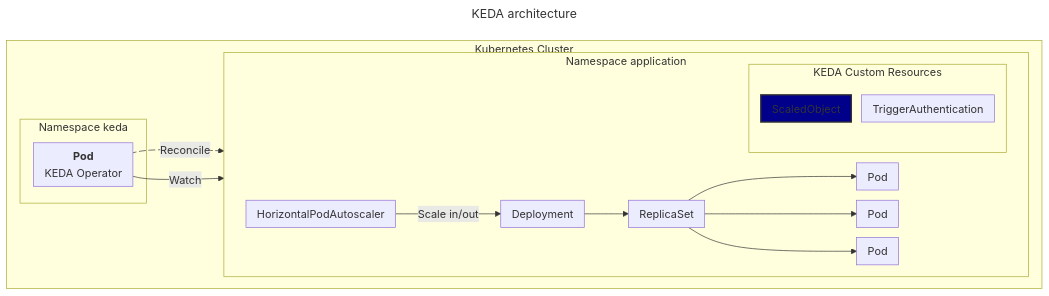
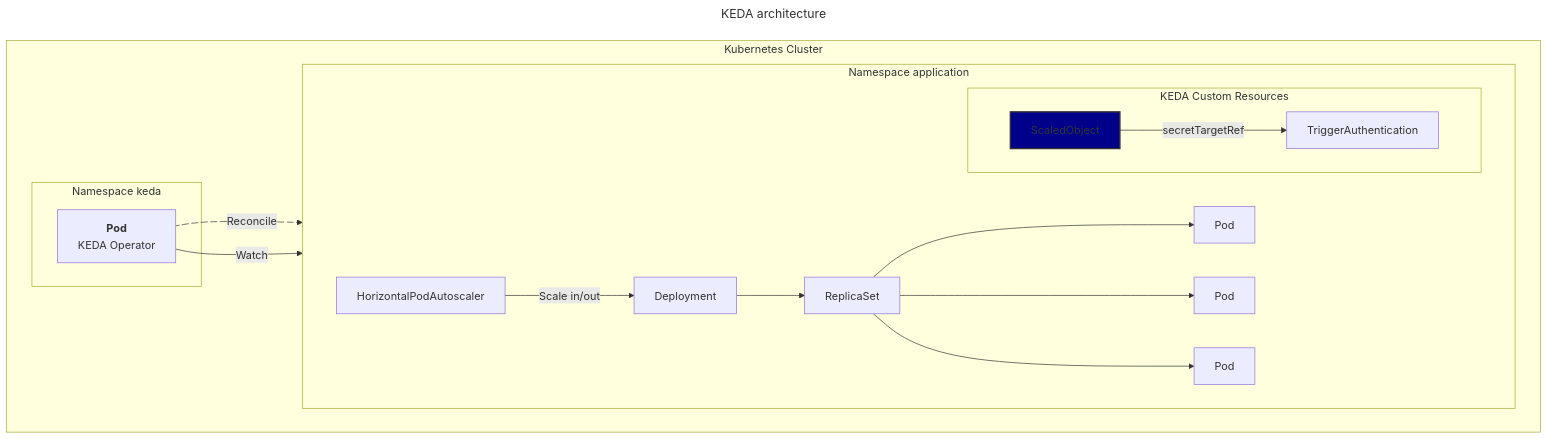
One commit to younsl/younsl.github.io changed the first of 2 diagrams in content/blog/keda/index.md. Above: the diagram before and after it, drawn with Mermaid. The commit also changed other lines of this file and 2 other files, not shown here.

Commit message:
chore: Add diagram

````diff
--- a/content/blog/keda/index.md
+++ b/content/blog/keda/index.md
@@ -265,45 +265,35 @@
 ```mermaid
 ---
 title: KEDA architecture
 ---
-%% Style %%
-%%{
-    init: {
-        "flowchart": {
-            "nodeSpacing": 15,
-            "rankSpacing": 15,
-            "padding": 0
-        }
-    }
-}%%
-
-%% Main Diagram %%
 flowchart LR
   subgraph "Kubernetes Cluster"
     direction LR
     subgraph "Namespace keda"
         keda["`**Pod**
         KEDA Operator`"]
     end
     subgraph "Namespace application"
       direction LR
       subgraph kedacr["KEDA Custom Resources"]
+        direction LR 
         so["ScaledObject"]
         ta["TriggerAuthentication"]
+        so --secretTargetRef--> ta
       end
       hpa["HorizontalPodAutoscaler"]
       d["Deployment"]
       r["ReplicaSet"]
       p1["Pod"]
       p2["Pod"]
       p3["Pod"]
     end
   end
 
   keda e1@--Reconcile--> hpa 
   hpa --Scale in/out--> d --> r --> p1 & p2 & p3
-  keda --Watch--> kedacr 
+  keda --Watch--> so 
 
   style so fill:darkblue,stroke:#333,stroke-width:2px
   e1@{ animate: true }
 ```
````
